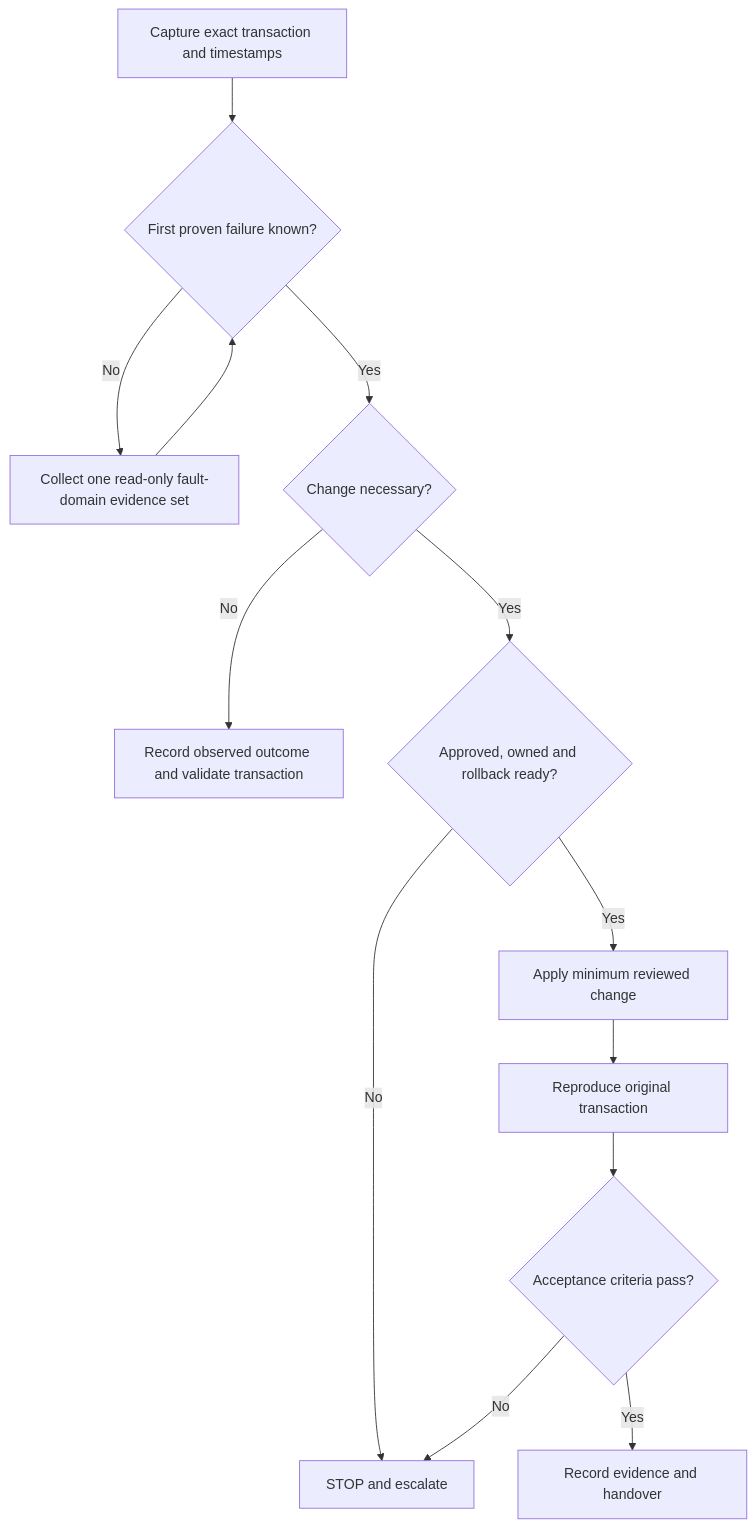
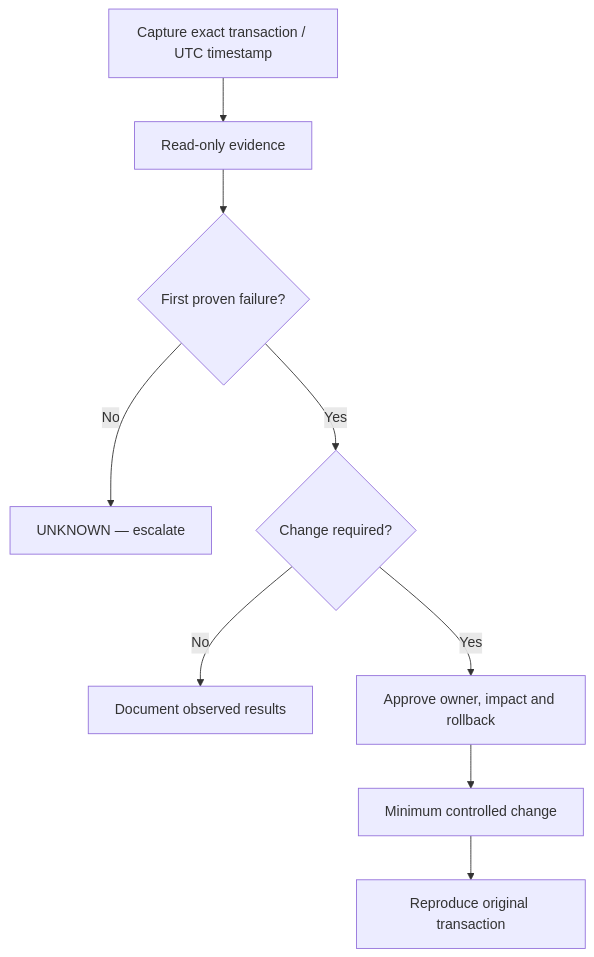
One commit to sheejithkv/RHOSO changed the diagram in SOP/TEMPLATE.md. Above: the diagram before and after it, drawn with Mermaid. The commit also changed other lines of this file and 11 other files, not shown here.

Commit message:
docs(sop): adopt corporate controlled-document format for four RHOSO SOPs

````diff
--- a/SOP/TEMPLATE.md
+++ b/SOP/TEMPLATE.md
@@ -50,15 +93,11 @@
-~~~mermaid
+```mermaid
 flowchart TD
-    A["Capture exact transaction and timestamps"] --> B{"First proven failure known?"}
-    B -- "No" --> C["Collect one read-only fault-domain evidence set"]
-    C --> B
-    B -- "Yes" --> D{"Change necessary?"}
-    D -- "No" --> E["Record observed outcome and validate transaction"]
-    D -- "Yes" --> F{"Approved, owned and rollback ready?"}
-    F -- "No" --> G["STOP and escalate"]
-    F -- "Yes" --> H["Apply minimum reviewed change"]
-    H --> I["Reproduce original transaction"]
-    I --> J{"Acceptance criteria pass?"}
-    J -- "No" --> G
-    J -- "Yes" --> K["Record evidence and handover"]
-~~~
+  A["Capture exact transaction / UTC timestamp"] --> B["Read-only evidence"]
+  B --> C{"First proven failure?"}
+  C -- "No" --> D["UNKNOWN — escalate"]
+  C -- "Yes" --> E{"Change required?"}
+  E -- "No" --> F["Document observed results"]
+  E -- "Yes" --> G["Approve owner, impact and rollback"]
+  G --> H["Minimum controlled change"]
+  H --> I["Reproduce original transaction"]
+```
````
